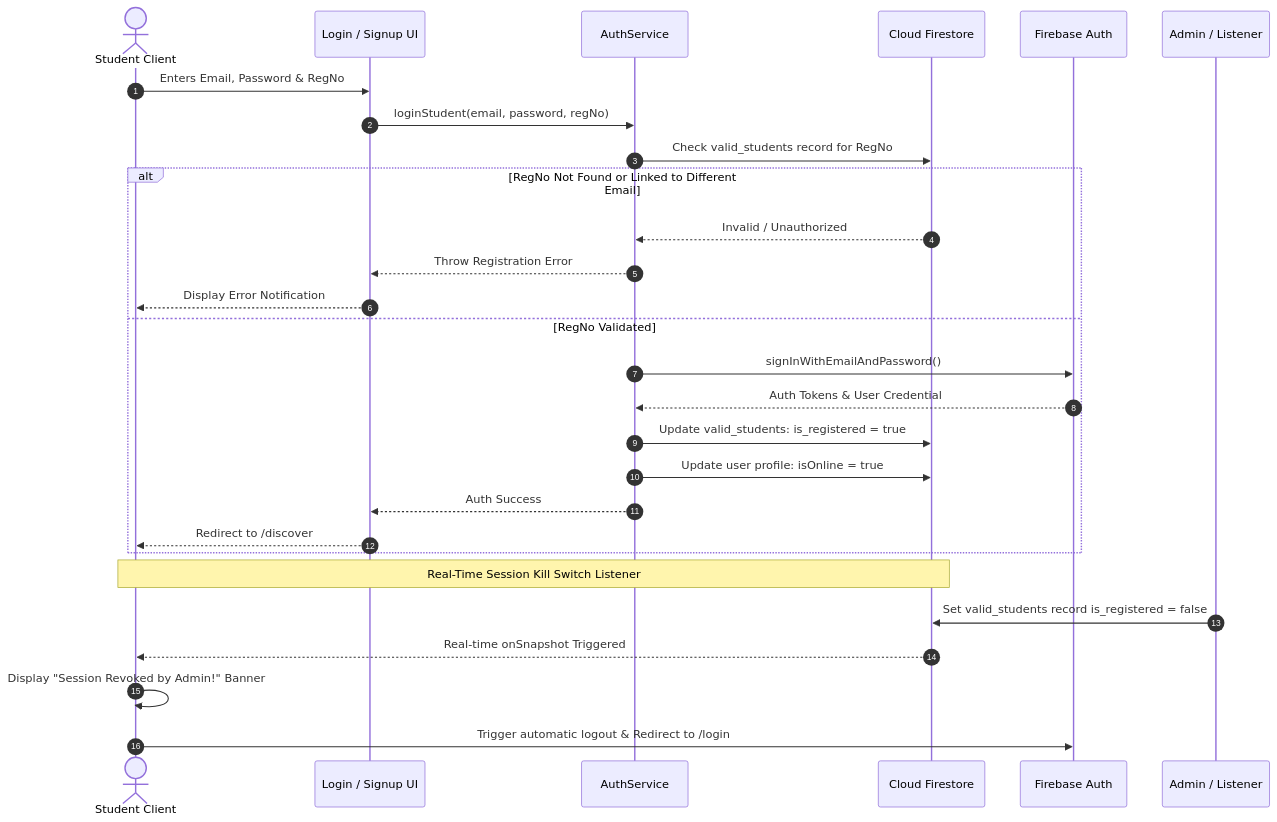
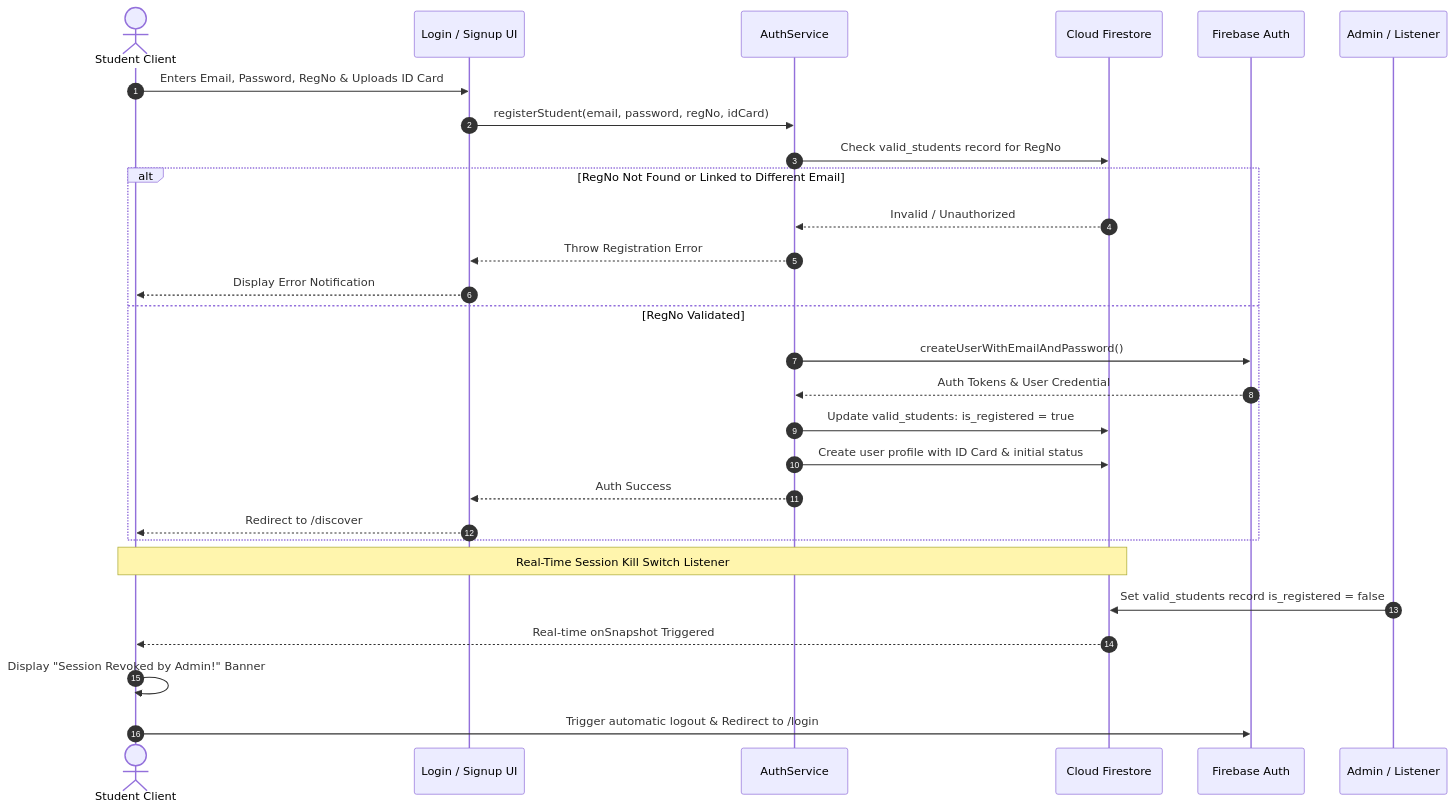
The second of 4 diagrams in README.md (The-Blue-Pheonix/campusConnect), drawn with Mermaid before and after one commit. The commit also changed other lines of this file, not shown here.

````diff
--- a/README.md
+++ b/README.md
@@ -95,33 +107,33 @@
 ```mermaid
 sequenceDiagram
     autonumber
     actor Student as Student Client
     participant AuthUI as Login / Signup UI
     participant Service as AuthService
     participant Firestore as Cloud Firestore
     participant FBAuth as Firebase Auth
     participant Admin as Admin / Listener
 
-    Student->>AuthUI: Enters Email, Password & RegNo
-    AuthUI->>Service: loginStudent(email, password, regNo)
+    Student->>AuthUI: Enters Email, Password, RegNo & Uploads ID Card
+    AuthUI->>Service: registerStudent(email, password, regNo, idCard)
     Service->>Firestore: Check valid_students record for RegNo
     
     alt RegNo Not Found or Linked to Different Email
         Firestore-->>Service: Invalid / Unauthorized
         Service-->>AuthUI: Throw Registration Error
         AuthUI-->>Student: Display Error Notification
     else RegNo Validated
-        Service->>FBAuth: signInWithEmailAndPassword()
+        Service->>FBAuth: createUserWithEmailAndPassword()
         FBAuth-->>Service: Auth Tokens & User Credential
         Service->>Firestore: Update valid_students: is_registered = true
-        Service->>Firestore: Update user profile: isOnline = true
+        Service->>Firestore: Create user profile with ID Card & initial status
         Service-->>AuthUI: Auth Success
         AuthUI-->>Student: Redirect to /discover
     end
 
     note over Student, Firestore: Real-Time Session Kill Switch Listener
     Admin->>Firestore: Set valid_students record is_registered = false
     Firestore-->>Student: Real-time onSnapshot Triggered
     Student->>Student: Display "Session Revoked by Admin!" Banner
     Student->>FBAuth: Trigger automatic logout & Redirect to /login
 ```
````
